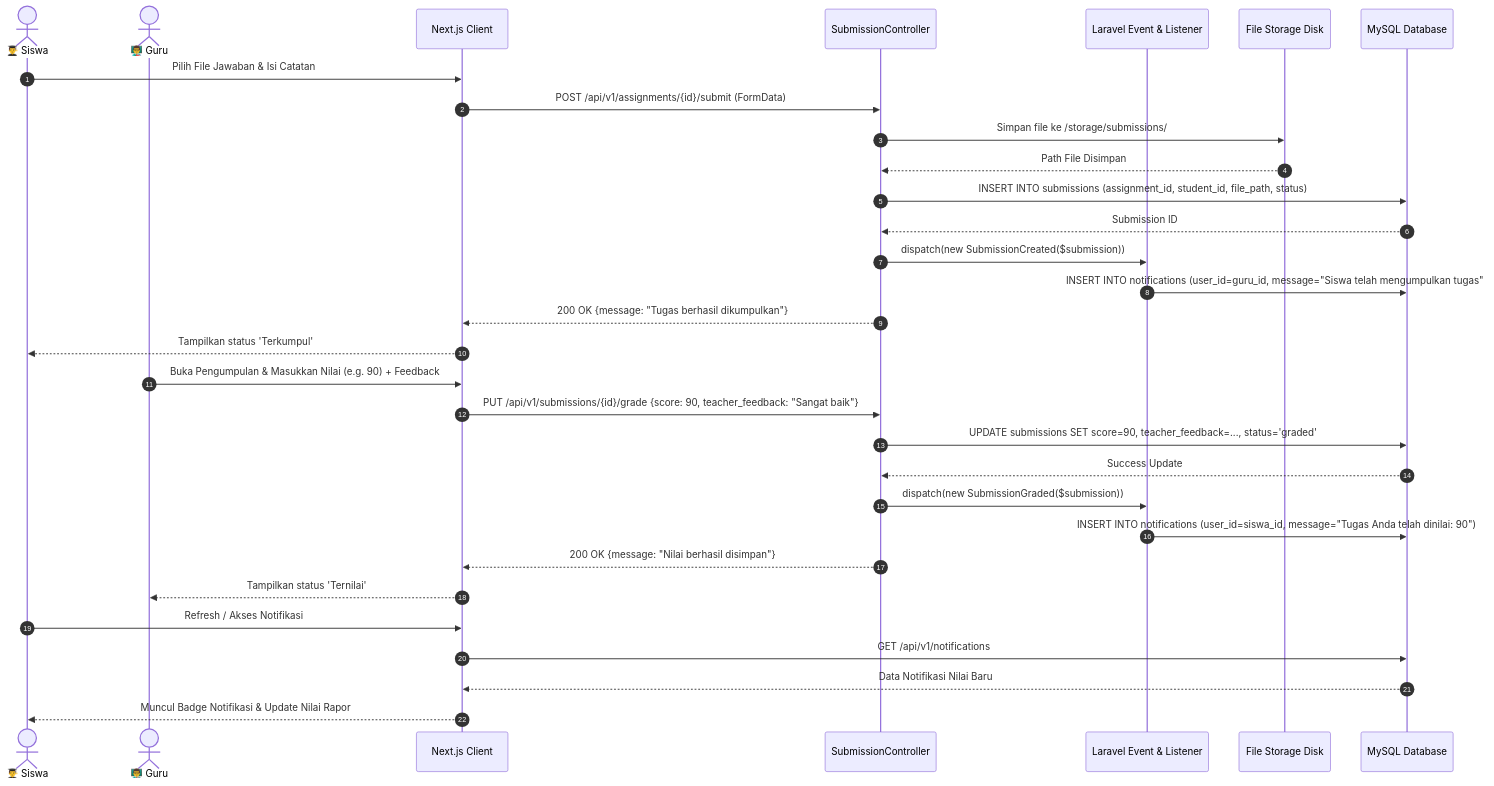
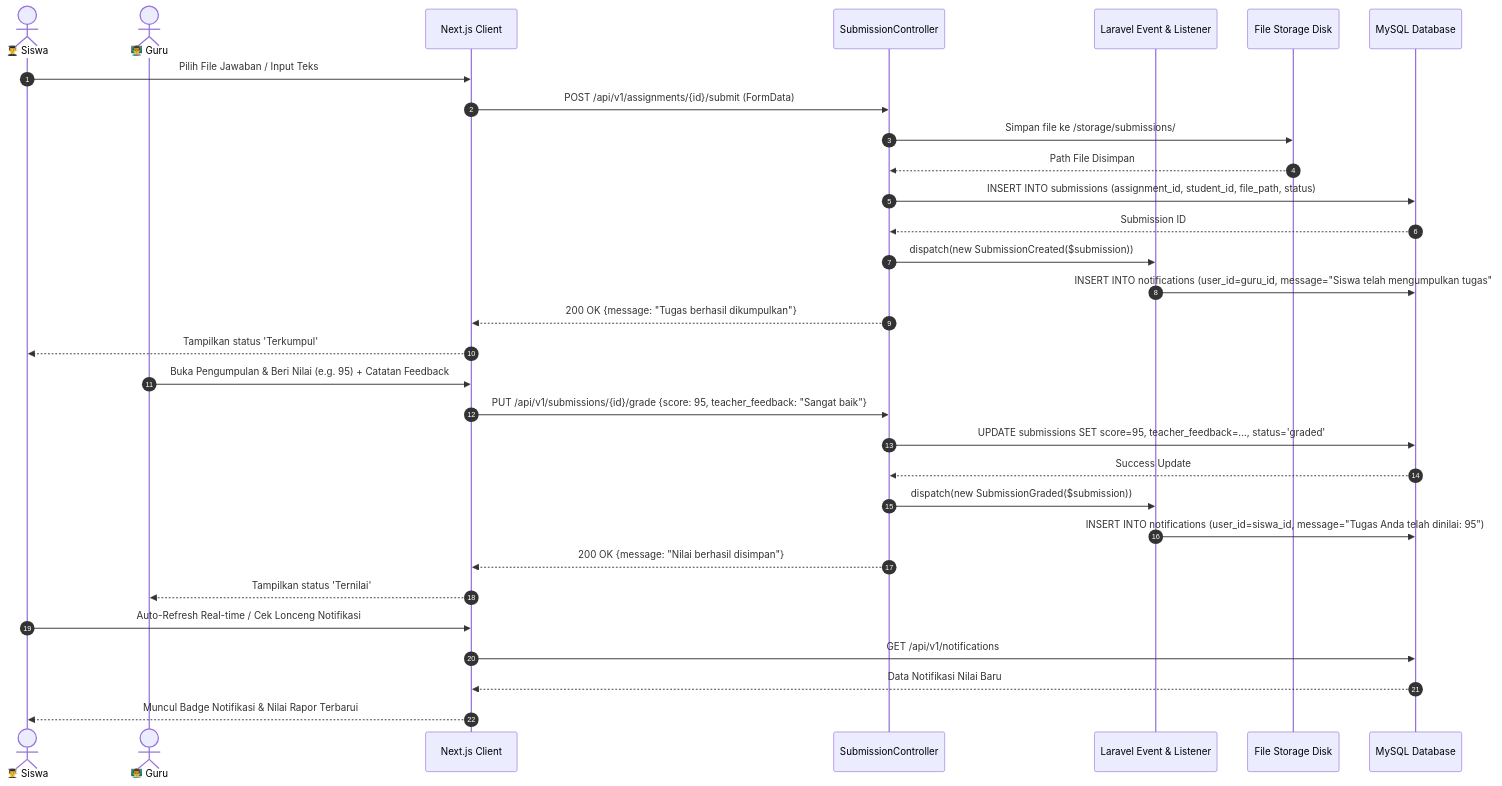
Before and after one commit to ferydwi-stack/Deploy_LMS: the sixth of 7 diagrams in DIAGRAMS_DOKUMENTASI.md, drawn with Mermaid. The commit also changed other lines of this file and 19 other files, not shown here.

Commit message:
docs: consolidate unified Use Case, unified ERD, and unified Flowchart into single master diagrams and regenerate SVG images

````diff
--- a/DIAGRAMS_DOKUMENTASI.md
+++ b/DIAGRAMS_DOKUMENTASI.md
@@ -532,39 +478,39 @@
 ```mermaid
 sequenceDiagram
     autonumber
     actor Siswa as 👨‍🎓 Siswa
     actor Guru as 👨‍🏫 Guru
     participant UI as Next.js Client
     participant SubAPI as SubmissionController
     participant EventSys as Laravel Event & Listener
     participant Storage as File Storage Disk
     participant DB as MySQL Database
 
     %% Siswa Submit
-    Siswa->>UI: Pilih File Jawaban & Isi Catatan
+    Siswa->>UI: Pilih File Jawaban / Input Teks
     UI->>SubAPI: POST /api/v1/assignments/{id}/submit (FormData)
     SubAPI->>Storage: Simpan file ke /storage/submissions/
     Storage-->>SubAPI: Path File Disimpan
     SubAPI->>DB: INSERT INTO submissions (assignment_id, student_id, file_path, status)
     DB-->>SubAPI: Submission ID
     SubAPI->>EventSys: dispatch(new SubmissionCreated($submission))
     EventSys->>DB: INSERT INTO notifications (user_id=guru_id, message="Siswa telah mengumpulkan tugas")
     SubAPI-->>UI: 200 OK {message: "Tugas berhasil dikumpulkan"}
     UI-->>Siswa: Tampilkan status 'Terkumpul'
 
     %% Guru Memberi Nilai
-    Guru->>UI: Buka Pengumpulan & Masukkan Nilai (e.g. 90) + Feedback
-    UI->>SubAPI: PUT /api/v1/submissions/{id}/grade {score: 90, teacher_feedback: "Sangat baik"}
-    SubAPI->>DB: UPDATE submissions SET score=90, teacher_feedback=..., status='graded'
+    Guru->>UI: Buka Pengumpulan & Beri Nilai (e.g. 95) + Catatan Feedback
+    UI->>SubAPI: PUT /api/v1/submissions/{id}/grade {score: 95, teacher_feedback: "Sangat baik"}
+    SubAPI->>DB: UPDATE submissions SET score=95, teacher_feedback=..., status='graded'
     DB-->>SubAPI: Success Update
     SubAPI->>EventSys: dispatch(new SubmissionGraded($submission))
-    EventSys->>DB: INSERT INTO notifications (user_id=siswa_id, message="Tugas Anda telah dinilai: 90")
+    EventSys->>DB: INSERT INTO notifications (user_id=siswa_id, message="Tugas Anda telah dinilai: 95")
     SubAPI-->>UI: 200 OK {message: "Nilai berhasil disimpan"}
     UI-->>Guru: Tampilkan status 'Ternilai'
     
     %% Siswa Menerima Notif
-    Siswa->>UI: Refresh / Akses Notifikasi
+    Siswa->>UI: Auto-Refresh Real-time / Cek Lonceng Notifikasi
     UI->>DB: GET /api/v1/notifications
     DB-->>UI: Data Notifikasi Nilai Baru
-    UI-->>Siswa: Muncul Badge Notifikasi & Update Nilai Rapor
+    UI-->>Siswa: Muncul Badge Notifikasi & Nilai Rapor Terbarui
 ```
````
